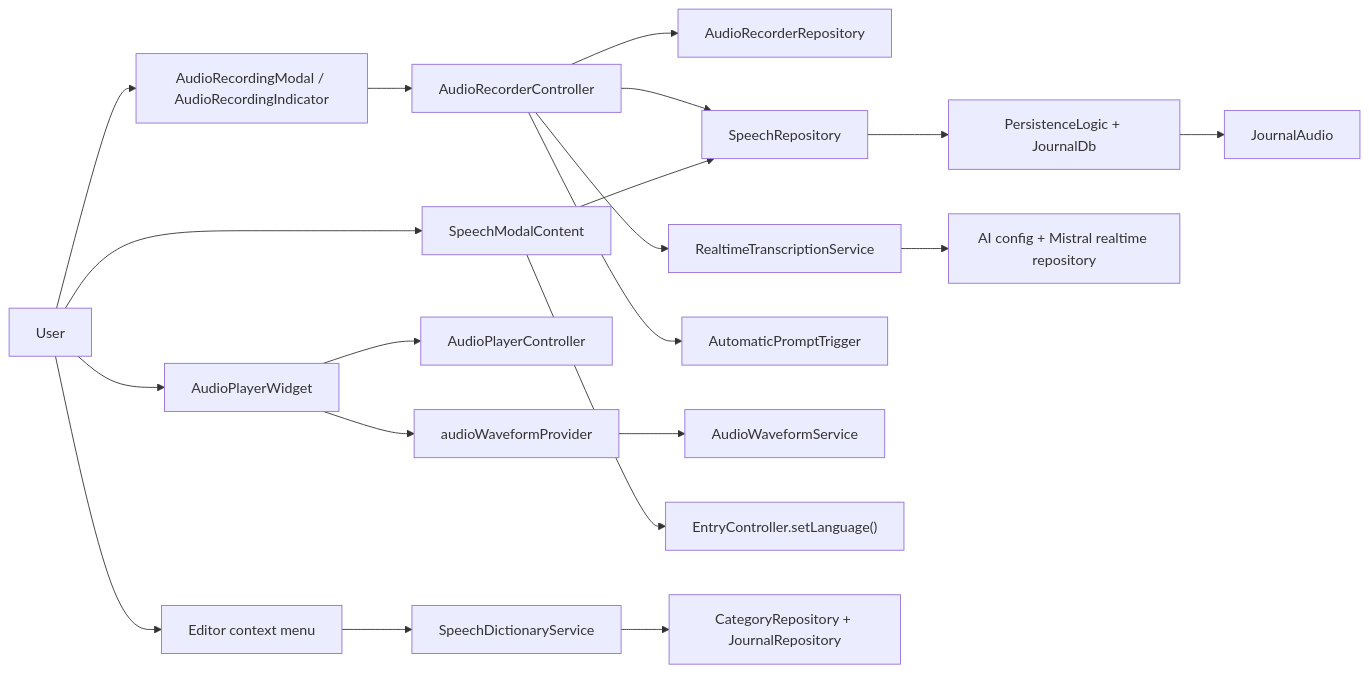
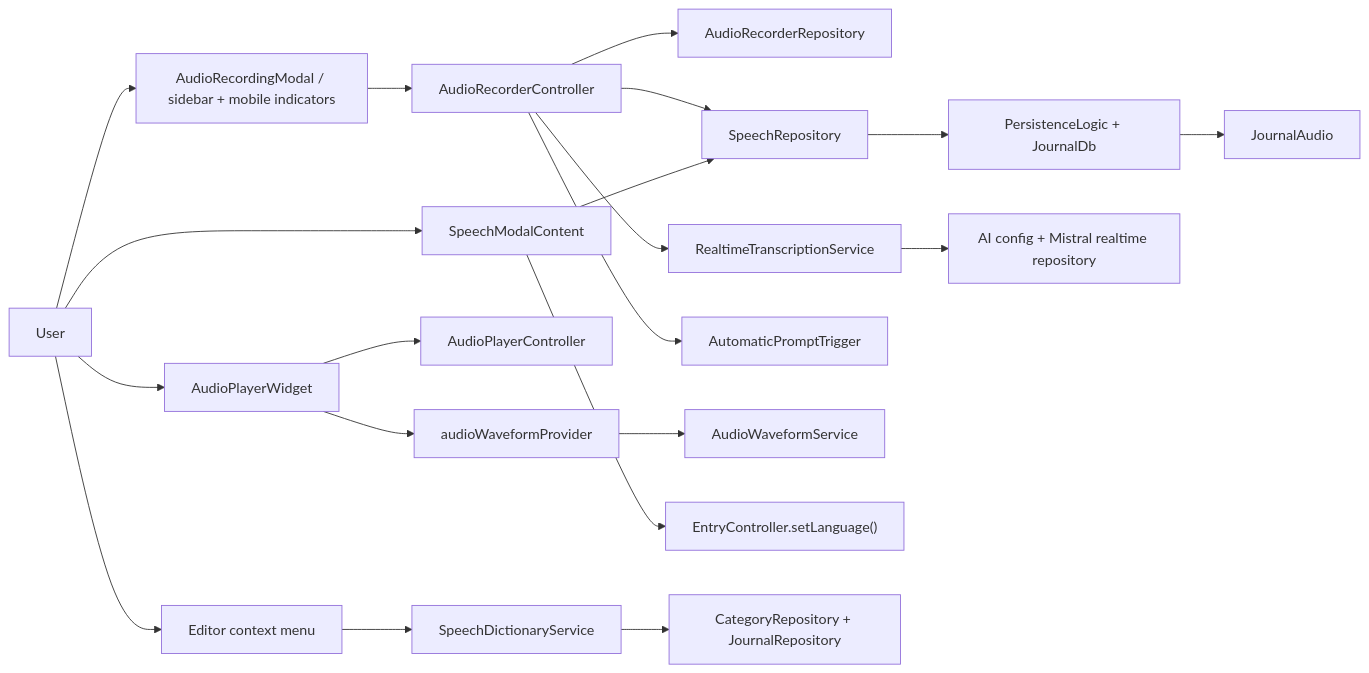
The first of 5 diagrams in lib/features/speech/README.md (matthiasn/lotti), drawn with Mermaid before and after one commit. The commit also changed other lines of this file and 14 other files, not shown here.

Commit message:
feat: audio recording indicator in sidebar

````diff
--- a/lib/features/speech/README.md
+++ b/lib/features/speech/README.md
@@ -32,26 +32,26 @@
 ```mermaid
 flowchart LR
-  User["User"] --> RecordingUI["AudioRecordingModal / AudioRecordingIndicator"]
+  User["User"] --> RecordingUI["AudioRecordingModal / sidebar + mobile indicators"]
   User --> PlaybackUI["AudioPlayerWidget"]
   User --> TranscriptUI["SpeechModalContent"]
   User --> EditorUI["Editor context menu"]
 
   RecordingUI --> RecorderCtl["AudioRecorderController"]
   RecorderCtl --> RecorderRepo["AudioRecorderRepository"]
   RecorderCtl --> RtTx["RealtimeTranscriptionService"]
   RecorderCtl --> SpeechRepo["SpeechRepository"]
   RecorderCtl --> AutoPrompt["AutomaticPromptTrigger"]
 
   PlaybackUI --> PlayerCtl["AudioPlayerController"]
   PlaybackUI --> WaveformProvider["audioWaveformProvider"]
   WaveformProvider --> WaveformSvc["AudioWaveformService"]
 
   TranscriptUI --> EntryCtl["EntryController.setLanguage()"]
   TranscriptUI --> SpeechRepo
   EditorUI --> DictSvc["SpeechDictionaryService"]
 
   SpeechRepo --> Persist["PersistenceLogic + JournalDb"]
   DictSvc --> CategoryRepo["CategoryRepository + JournalRepository"]
   RtTx --> AiConfig["AI config + Mistral realtime repository"]
   Persist --> JournalAudio["JournalAudio"]
 ```
````
